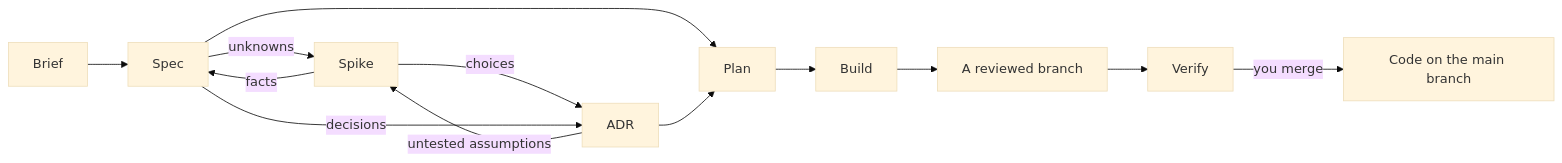
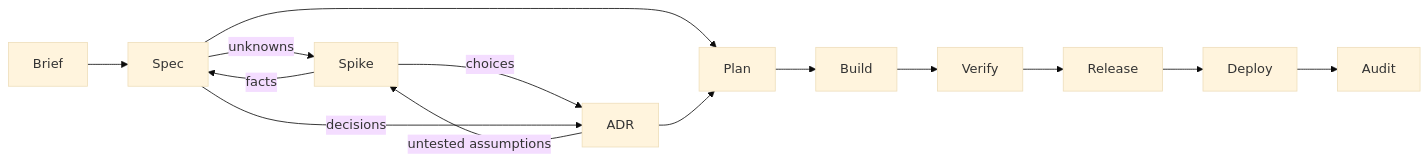
One commit to michaelmarconi/agentic-engineering changed the diagram in README.md. Above: the diagram before and after it, drawn with Mermaid (base theme). The commit also changed other lines of this file and 21 other files, not shown here.

First line of the commit message:
Sweep: README, skill-page links and agent files, one relay for audit and verify

````diff
--- a/README.md
+++ b/README.md
@@ -123,15 +123,16 @@
 ```mermaid
 flowchart LR
     Brief --> Spec
     Spec -->|unknowns| Spike
     ADR -->|untested assumptions| Spike
     Spike -->|facts| Spec
     Spike -->|choices| ADR
     Spec -->|decisions| ADR
     Spec --> Plan
     ADR --> Plan
     Plan --> Build
-    Build --> Branch[A reviewed branch]
-    Branch --> Verify
-    Verify -->|you merge| Code[Code on the main branch]
+    Build --> Verify
+    Verify --> Release
+    Release --> Deploy
+    Deploy --> Audit
 ```
````
